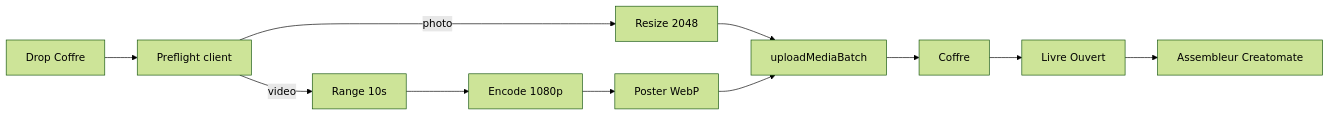
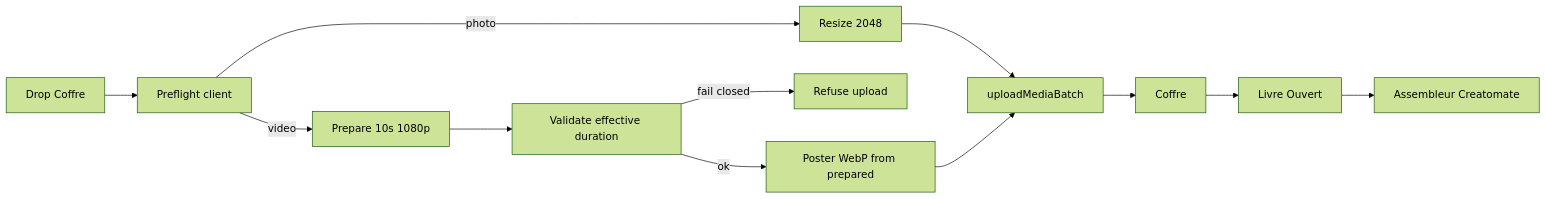
The diagram in docs/product/COFFRE_MONTAGE_MEDIA_INGEST.md (Lyra-OD/odyssey-web), drawn with Mermaid (forest theme) before and after one commit. The commit also changed other lines of this file and 1 other file, not shown here.

````diff
--- a/docs/product/COFFRE_MONTAGE_MEDIA_INGEST.md
+++ b/docs/product/COFFRE_MONTAGE_MEDIA_INGEST.md
@@ -75,12 +76,14 @@
 ```mermaid
 flowchart LR
   drop[Drop Coffre] --> preflight[Preflight client]
   preflight -->|photo| resize[Resize 2048]
-  preflight -->|video| pick[Range 10s] --> encode[Encode 1080p]
+  preflight -->|video| prepare[Prepare 10s 1080p]
+  prepare --> validate[Validate effective duration]
+  validate -->|fail closed| reject[Refuse upload]
+  validate -->|ok| poster[Poster WebP from prepared]
   resize --> upload[uploadMediaBatch]
-  encode --> poster[Poster WebP]
   poster --> upload
   upload --> coffre[Coffre]
   coffre --> livre[Livre Ouvert]
   livre --> film[Assembleur Creatomate]
 ```
````
